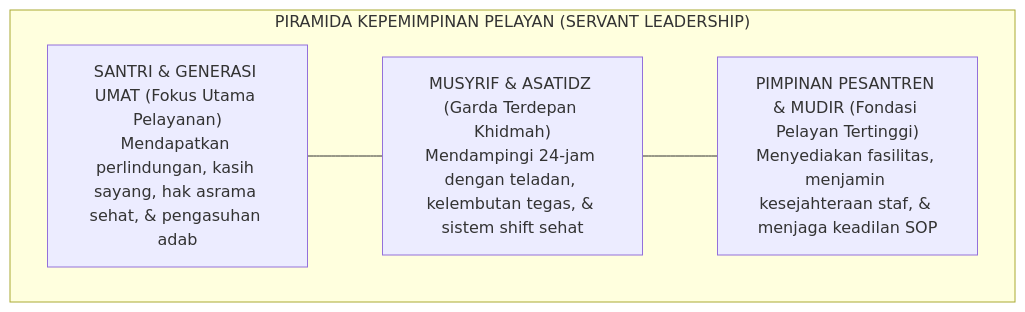
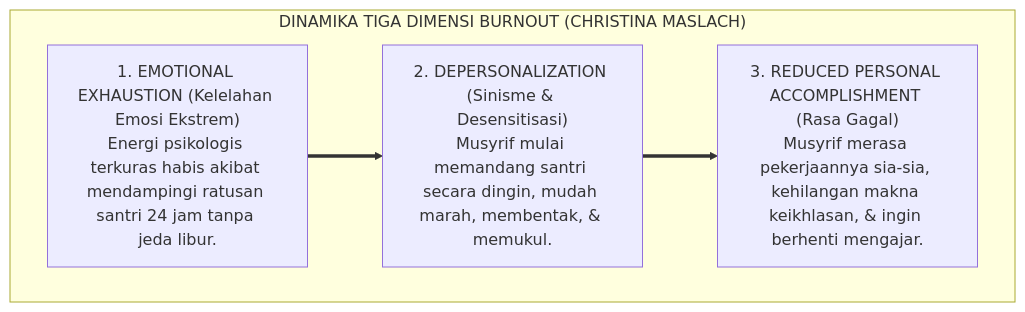
One commit to wandiapriliyandi/tumbuh changed the fifth of 8 diagrams in 01 Philosophy/05 Leadership/P1-05-02-Hakikat-Amanah-dan-Kepemimpinan-Pelayan.md. Above: the diagram before and after it, drawn with Mermaid. The commit also changed other lines of this file and 31 other files, not shown here.

````diff
--- a/01 Philosophy/05 Leadership/P1-05-02-Hakikat-Amanah-dan-Kepemimpinan-Pelayan.md
+++ b/01 Philosophy/05 Leadership/P1-05-02-Hakikat-Amanah-dan-Kepemimpinan-Pelayan.md
@@ -45,11 +182,12 @@
 ```mermaid
 graph TD
-    subgraph PiramidaTerbalik["PIRAMIDA KEPEMIMPINAN PELAYAN (SERVANT LEADERSHIP)"]
-        Santri["SANTRI & GENERASI UMAT (Fokus Utama Pelayanan)<br/>Mendapatkan perlindungan, kasih sayang, hak asrama sehat, & pengasuhan adab"]
-        Musyrif["MUSYRIF & ASATIDZ (Garda Terdepan Khidmah)<br/>Mendampingi 24-jam dengan teladan, kelembutan tegas, & sistem shift sehat"]
-        Pimpinan["PIMPINAN PESANTREN & MUDIR (Fondasi Pelayan Tertinggi)<br/>Menyediakan fasilitas, menjamin kesejahteraan staf, & menjaga keadilan SOP"]
+    subgraph SiklusBurnoutMusyrif["DINAMIKA TIGA DIMENSI BURNOUT (CHRISTINA MASLACH)"]
+        Dimensi1["1. EMOTIONAL EXHAUSTION (Kelelahan Emosi Ekstrem)<br/>Energi psikologis terkuras habis akibat mendampingi ratusan santri 24 jam tanpa jeda libur."]
         
-        Santri --- Musyrif
-        Musyrif --- Pimpinan
+        Dimensi2["2. DEPERSONALIZATION (Sinisme & Desensitisasi)<br/>Musyrif mulai memandang santri secara dingin, mudah marah, membentak, & memukul."]
+        
+        Dimensi3["3. REDUCED PERSONAL ACCOMPLISHMENT (Rasa Gagal)<br/>Musyrif merasa pekerjaannya sia-sia, kehilangan makna keikhlasan, & ingin berhenti mengajar."]
+        
+        Dimensi1 ==> Dimensi2 ==> Dimensi3
     end
 ```
````
